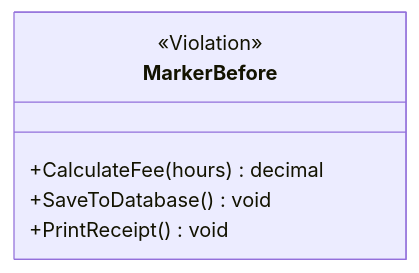
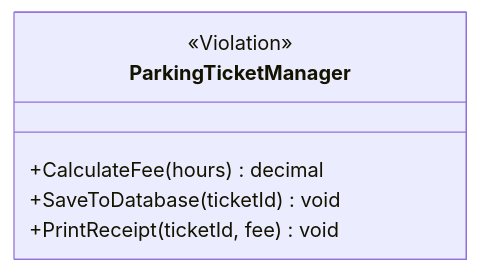
Before and after one commit to tushardongre1990/LLD-Claude: the first of 8 diagrams in 00-Foundations/03-SOLID-Principles/notes.md, drawn with Mermaid. The commit also changed other lines of this file and 52 other files, not shown here.

First line of the commit message:
docs(03-SOLID, 04-Patterns): make notes self-contained; fix diagram/code drift

````diff
--- a/00-Foundations/03-SOLID-Principles/notes.md
+++ b/00-Foundations/03-SOLID-Principles/notes.md
@@ -16,9 +22,9 @@
 ```mermaid
 classDiagram
-    class MarkerBefore {
+    class ParkingTicketManager {
         <<Violation>>
         +CalculateFee(hours) decimal
-        +SaveToDatabase() void
-        +PrintReceipt() void
+        +SaveToDatabase(ticketId) void
+        +PrintReceipt(ticketId, fee) void
     }
 ```
````
